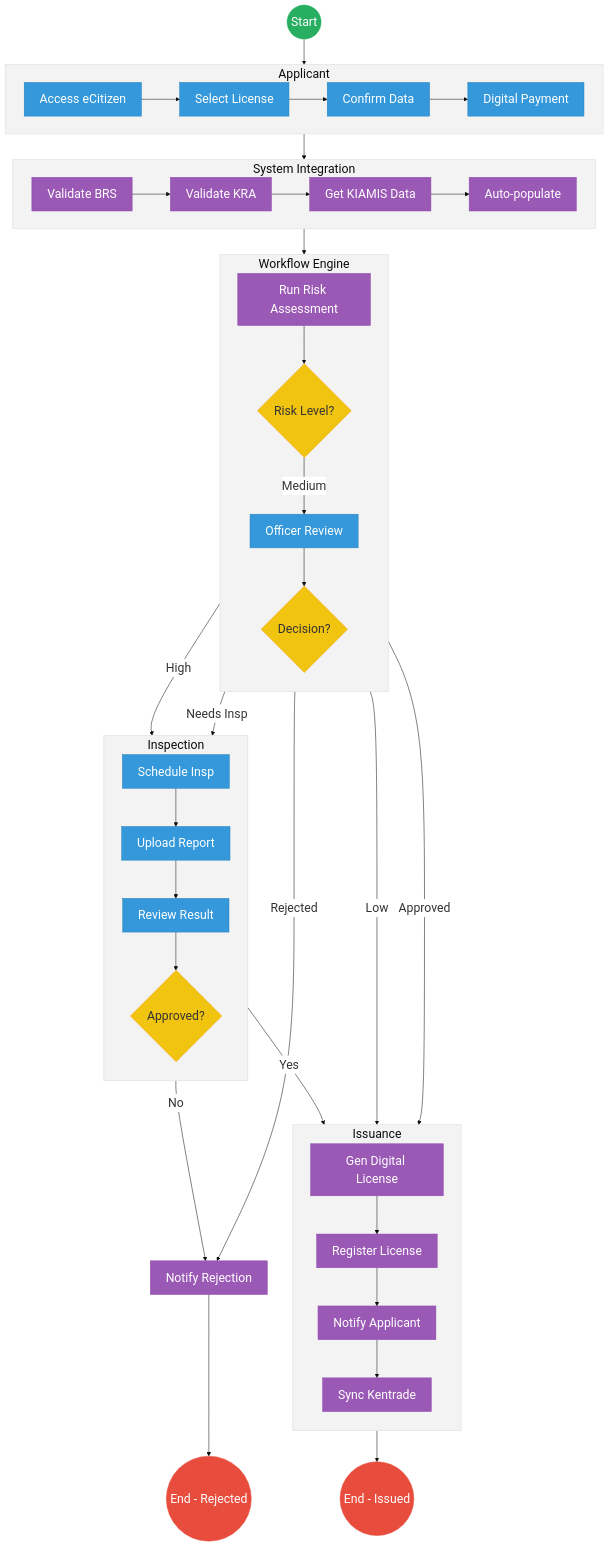
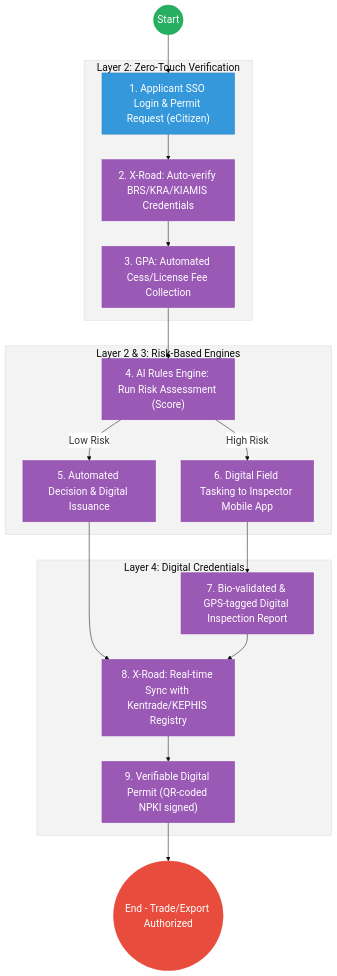
The second of 2 diagrams in mdas/docs_final/priority_mdas/Agriculture_and_Food_Authority___Service_Delivery.md (BITZ-IT-Consulting-LTD/ictapoc), drawn with Mermaid before and after one commit. The commit also changed other lines of this file and 37 other files, not shown here.

````diff
--- a/mdas/docs_final/priority_mdas/Agriculture_and_Food_Authority___Service_Delivery.md
+++ b/mdas/docs_final/priority_mdas/Agriculture_and_Food_Authority___Service_Delivery.md
@@ -142,79 +111,35 @@
 ```mermaid
-%%{init: { 'theme': 'base', 'themeVariables': { 'fontSize': '24px', 'fontFamily': 'Inter, system-ui, sans-serif', 'primaryColor': '#ffffff', 'edgeLabelBackground':'#ffffff', 'tertiaryColor': '#f3f3f3', 'mainBkg': '#ffffff', 'nodeBorder': '#333333' } } }%%
+%%{init: { 'theme': 'base', 'themeVariables': { 'fontSize': '20px', 'fontFamily': 'Inter, system-ui, sans-serif', 'primaryColor': '#ffffff', 'edgeLabelBackground':'#ffffff', 'tertiaryColor': '#f3f3f3', 'mainBkg': '#ffffff', 'nodeBorder': '#333333' } } }%%
 flowchart TD
-    %% Events
-    Start((Start))
-    EndApprove(("End - Issued"))
-    EndReject(("End - Rejected"))
-
-    subgraph Applicant [Applicant]
-        direction LR
-        Access["Access eCitizen"] --> SelectType["Select License"]
-        SelectType --> ConfirmData["Confirm Data"]
-        ConfirmData --> MakePayment["Digital Payment"]
+    Start((Start)) --> Portal["1. Applicant SSO Login & Permit Request (eCitizen)"]
+    
+    subgraph Trust_Hub["Layer 2: Zero-Touch Verification"]
+        Portal --> Verify["2. X-Road: Auto-verify BRS/KRA/KIAMIS Credentials"]
+        Verify --> Payment["3. GPA: Automated Cess/License Fee Collection"]
     end
 
-    subgraph IntegrationLayer["System Integration"]
-        direction LR
-        ValBRS["Validate BRS"] --> ValKRA["Validate KRA"]
-        ValKRA --> GetKIAMIS["Get KIAMIS Data"]
-        GetKIAMIS --> AutoPop["Auto-populate"]
+    subgraph Operations["Layer 2 & 3: Risk-Based Engines"]
+        Payment --> Risk["4. AI Rules Engine: Run Risk Assessment (Score)"]
+        Risk -- "Low Risk" --> AutoApp["5. Automated Decision & Digital Issuance"]
+        Risk -- "High Risk" --> Insp["6. Digital Field Tasking to Inspector Mobile App"]
     end
 
-    subgraph WorkflowEngine["Workflow Engine"]
-        direction TB
-        RunRisk["Run Risk Assessment"] --> RiskGateway{"Risk Level?"}
-        OfficerReview["Officer Review"] --> ReviewGateway{Decision?}
+    subgraph Settlement["Layer 4: Digital Credentials"]
+        Insp --> Upload["7. Bio-validated & GPS-tagged Digital Inspection Report"]
+        AutoApp --> Sync["8. X-Road: Real-time Sync with Kentrade/KEPHIS Registry"]
+        Upload --> Sync
+        Sync --> Output["9. Verifiable Digital Permit (QR-coded NPKI signed)"]
     end
 
-    subgraph InspectionWorkflow [Inspection]
-        direction TB
-        ScheduleInsp["Schedule Insp"] --> UploadReport["Upload Report"]
-        UploadReport --> ReviewInspResult["Review Result"]
-        ReviewInspResult --> InspDecisionGateway{Approved?}
-    end
+    Output --> EndProcess(("End - Trade/Export Authorized"))
 
-    subgraph LicenseIssuance [Issuance]
-        direction TB
-        GenDigitalLicense["Gen Digital License"] --> RegDigitalRegistry["Register License"]
-        RegDigitalRegistry --> NotifyApplicantApprove["Notify Applicant"]
-        NotifyApplicantApprove --> SyncKentrade["Sync Kentrade"]
-    end
-
-    %% Flow connections
-    Start --> Access
-    MakePayment --> ValBRS
-    AutoPop --> RunRisk
+    classDef start fill:#27ae60,stroke:#27ae60,color:#fff,font-size:20px;;
+    classDef endNode fill:#e74c3c,stroke:#e74c3c,color:#fff,font-size:20px;;
+    classDef userTask fill:#3498db,stroke:#2980b9,color:#fff,font-size:20px;;
+    classDef serviceTask fill:#9b59b6,stroke:#8e44ad,color:#fff,font-size:20px;;
     
-    RiskGateway -- "Low" --> GenDigitalLicense
-    RiskGateway -- "Medium" --> OfficerReview
-    RiskGateway -- "High" --> ScheduleInsp
-    
-    %% Officer Review Path
-    ReviewGateway -- "Approved" --> GenDigitalLicense
-    ReviewGateway -- "Needs Insp" --> ScheduleInsp
-    ReviewGateway -- "Rejected" --> NotifyReject["Notify Rejection"]
-    
-    %% Inspection Path
-    InspDecisionGateway -- "Yes" --> GenDigitalLicense
-    InspDecisionGateway -- "No" --> NotifyReject
-    
-    %% License Issuance Path
-    SyncKentrade --> EndApprove
-    
-    %% Rejection Path
-    NotifyReject --> EndReject
-
-    %% Styling
-    classDef startEvent fill:#27ae60,stroke:#27ae60,color:#fff,font-size:24px,font-size:24px;;
-    classDef endEvent fill:#e74c3c,stroke:#e74c3c,color:#fff,font-size:24px,font-size:24px;;
-    classDef userTask fill:#3498db,stroke:#2980b9,color:#fff,font-size:24px,font-size:24px;;
-    classDef serviceTask fill:#9b59b6,stroke:#8e44ad,color:#fff,font-size:24px,font-size:24px;;
-    classDef gateway fill:#f1c40f,stroke:#f39c12,color:#333,font-size:24px,font-size:24px;;
-    
-    class Start startEvent;
-    class EndApprove,EndReject endEvent;
-    class RiskGateway,ReviewGateway,InspDecisionGateway gateway;
-    class ValBRS,ValKRA,GetKIAMIS,AutoPop,RunRisk,GenDigitalLicense,RegDigitalRegistry,NotifyApplicantApprove,SyncKentrade,NotifyReject serviceTask;
-    class Access,SelectType,ConfirmData,MakePayment,OfficerReview,ScheduleInsp,UploadReport,ReviewInspResult userTask;
+    class Start start;
+    class EndProcess endNode;
+    class Portal userTask;
+    class Verify,Payment,Risk,AutoApp,Insp,Upload,Sync,Output serviceTask;
 ```
````
